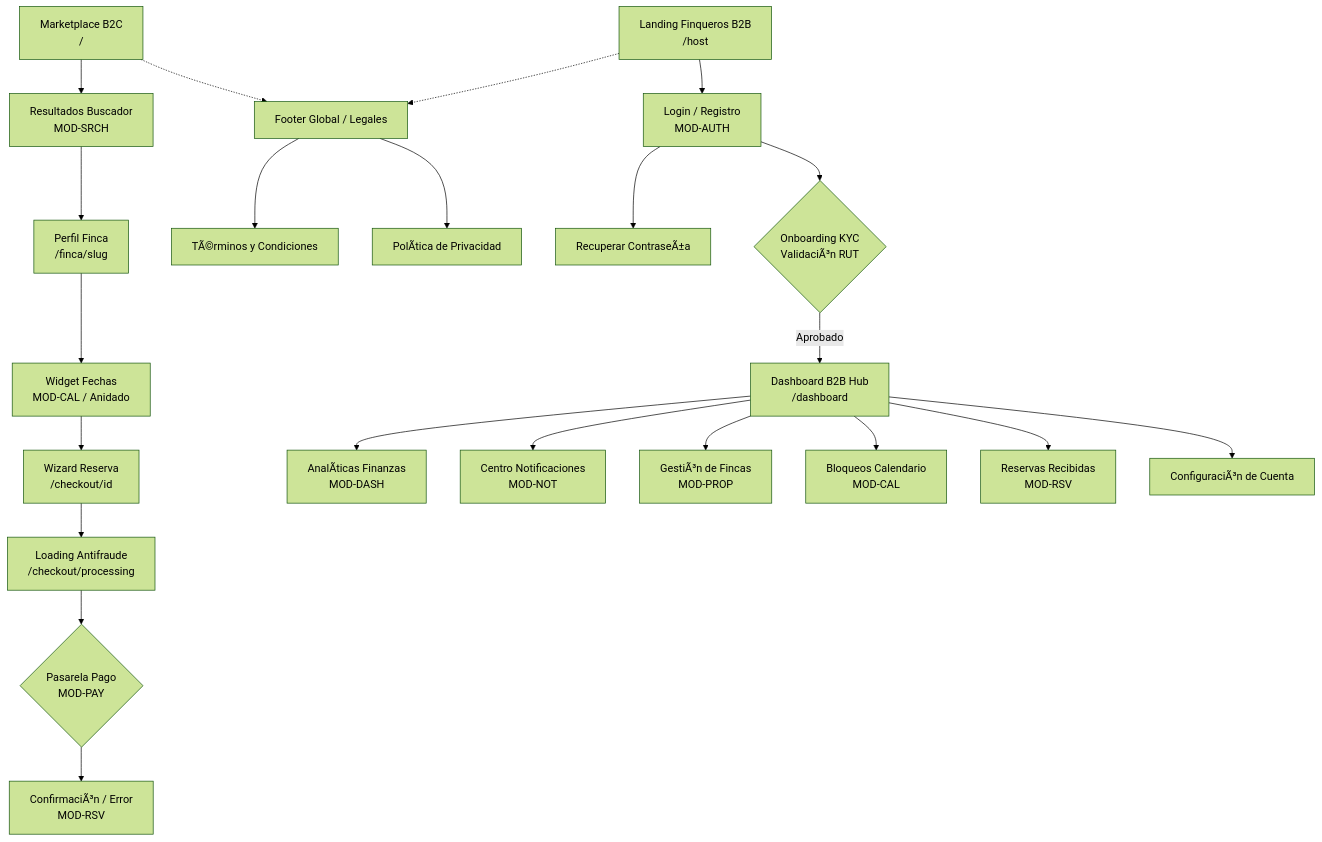
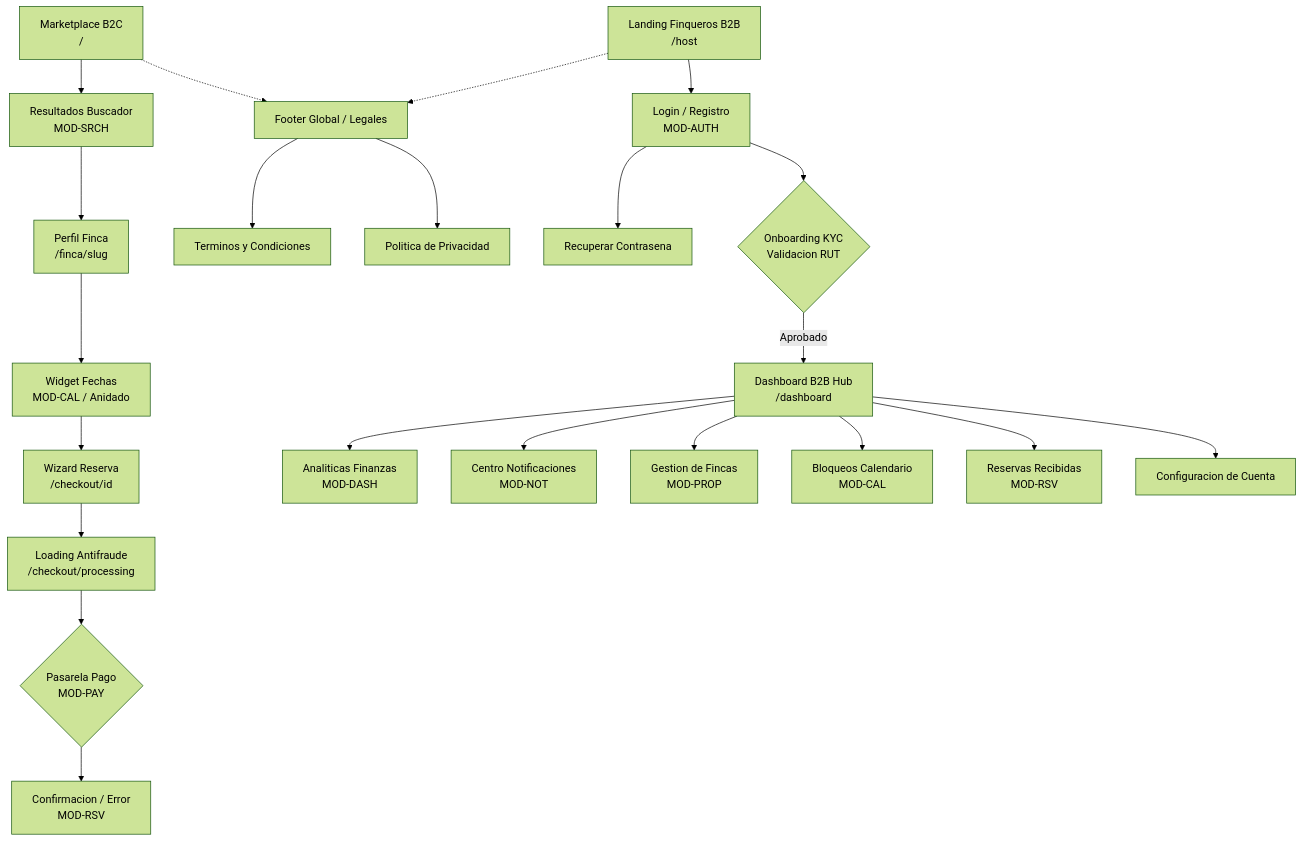
The diagram in docs/04-system-modeling/01.Content_Strategy_Information_Architecture/1.Content_Strategy_Information_Architecture.md (camilolayos54-dotcom/NosFuimosdeFinca), drawn with Mermaid (forest theme) before and after one commit. The commit also changed other lines of this file and 62 other files, not shown here.

````diff
--- a/docs/04-system-modeling/01.Content_Strategy_Information_Architecture/1.Content_Strategy_Information_Architecture.md
+++ b/docs/04-system-modeling/01.Content_Strategy_Information_Architecture/1.Content_Strategy_Information_Architecture.md
@@ -53,35 +53,35 @@
 ```mermaid
 graph TD
-    %% Nodos RaÃ­z (Fronteras MonolÃ­ticas)
+    %% Nodos Raiz (Fronteras Monoliticas)
     B2C_Root[Marketplace B2C<br>/]
     B2B_Root[Landing Finqueros B2B<br>/host]
 
     %% Flujo Turista (B2C)
     B2C_Root --> Buscador[Resultados Buscador<br>MOD-SRCH]
     Buscador --> FincaPublic[Perfil Finca<br>/finca/slug]
     FincaPublic --> CalWidget[Widget Fechas<br>MOD-CAL / Anidado]
     CalWidget --> Checkout[Wizard Reserva<br>/checkout/id]
     Checkout --> Processing[Loading Antifraude<br>/checkout/processing]
     Processing --> Wompi{Pasarela Pago<br>MOD-PAY}
-    Wompi --> Success[ConfirmaciÃ³n / Error<br>MOD-RSV]
+    Wompi --> Success[Confirmacion / Error<br>MOD-RSV]
 
     %% Flujo Legales (Transversal)
     B2C_Root -.-> Footer[Footer Global / Legales]
     B2B_Root -.-> Footer
-    Footer --> TyC[TÃ©rminos y Condiciones]
-    Footer --> Privacy[PolÃ­tica de Privacidad]
+    Footer --> TyC[Terminos y Condiciones]
+    Footer --> Privacy[Politica de Privacidad]
 
     %% Flujo Finquero (B2B Auth Wall)
     B2B_Root --> Auth[Login / Registro<br>MOD-AUTH]
-    Auth --> Recovery[Recuperar ContraseÃ±a]
-    Auth --> KYC{Onboarding KYC<br>ValidaciÃ³n RUT}
+    Auth --> Recovery[Recuperar Contrasena]
+    Auth --> KYC{Onboarding KYC<br>Validacion RUT}
 
     %% Flujo Finquero Privado (Dashboard Protegido)
     KYC -- Aprobado --> Dashboard[Dashboard B2B Hub<br>/dashboard]
-    Dashboard --> Analytics[AnalÃ­ticas Finanzas<br>MOD-DASH]
+    Dashboard --> Analytics[Analiticas Finanzas<br>MOD-DASH]
     Dashboard --> NotCenter[Centro Notificaciones<br>MOD-NOT]
-    Dashboard --> PropMgmt[GestiÃ³n de Fincas<br>MOD-PROP]
+    Dashboard --> PropMgmt[Gestion de Fincas<br>MOD-PROP]
     Dashboard --> CalMgmt[Bloqueos Calendario<br>MOD-CAL]
     Dashboard --> RsvList[Reservas Recibidas<br>MOD-RSV]
-    Dashboard --> Settings[ConfiguraciÃ³n de Cuenta]
+    Dashboard --> Settings[Configuracion de Cuenta]
 ```
````
